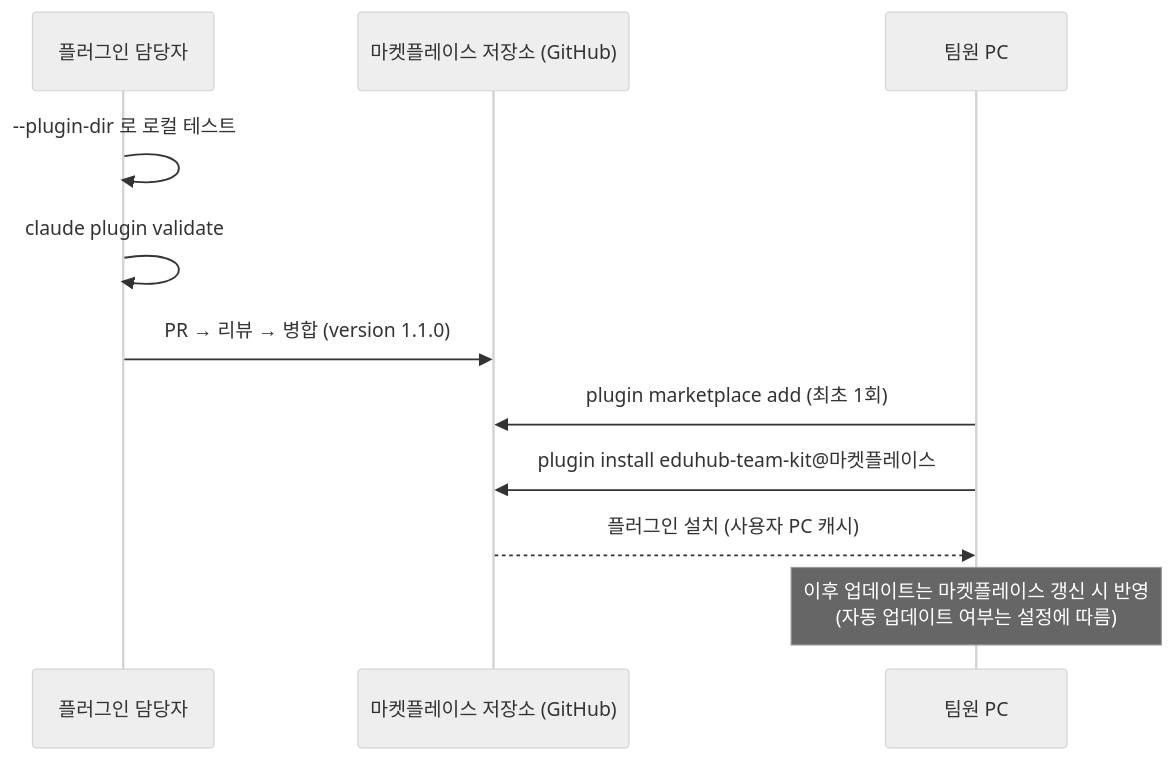
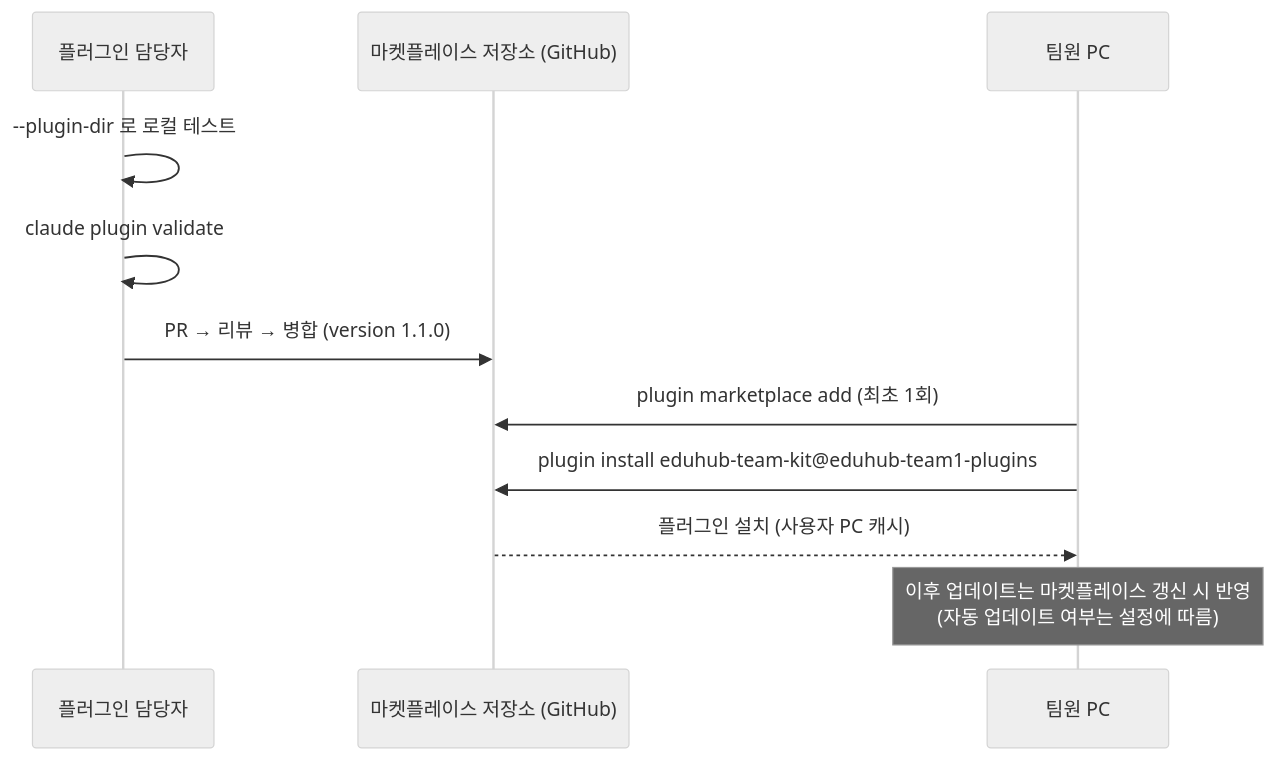
One commit to lucky-sugar-park/claude-edu changed the seventh of 11 diagrams in sessions/session-06-plugins-artifacts-mfe.md. Above: the diagram before and after it, drawn with Mermaid (neutral theme). The commit also changed other lines of this file and 1 other file, not shown here.

````diff
--- a/sessions/session-06-plugins-artifacts-mfe.md
+++ b/sessions/session-06-plugins-artifacts-mfe.md
@@ -913,13 +913,13 @@
 ```mermaid
 sequenceDiagram
     participant Dev as 플러그인 담당자
     participant Repo as 마켓플레이스 저장소 (GitHub)
     participant Mate as 팀원 PC
     Dev->>Dev: --plugin-dir 로 로컬 테스트
     Dev->>Dev: claude plugin validate
     Dev->>Repo: PR → 리뷰 → 병합 (version 1.1.0)
     Mate->>Repo: plugin marketplace add (최초 1회)
-    Mate->>Repo: plugin install eduhub-team-kit@마켓플레이스
+    Mate->>Repo: plugin install eduhub-team-kit@eduhub-team1-plugins
     Repo-->>Mate: 플러그인 설치 (사용자 PC 캐시)
     Note over Mate: 이후 업데이트는 마켓플레이스 갱신 시 반영<br/>(자동 업데이트 여부는 설정에 따름)
 ```
````
